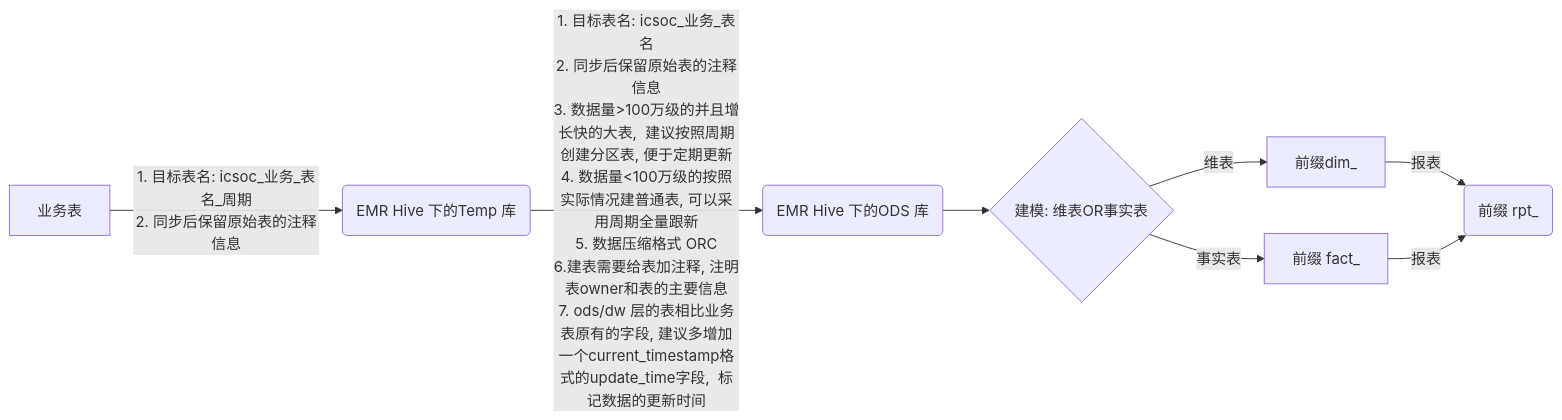
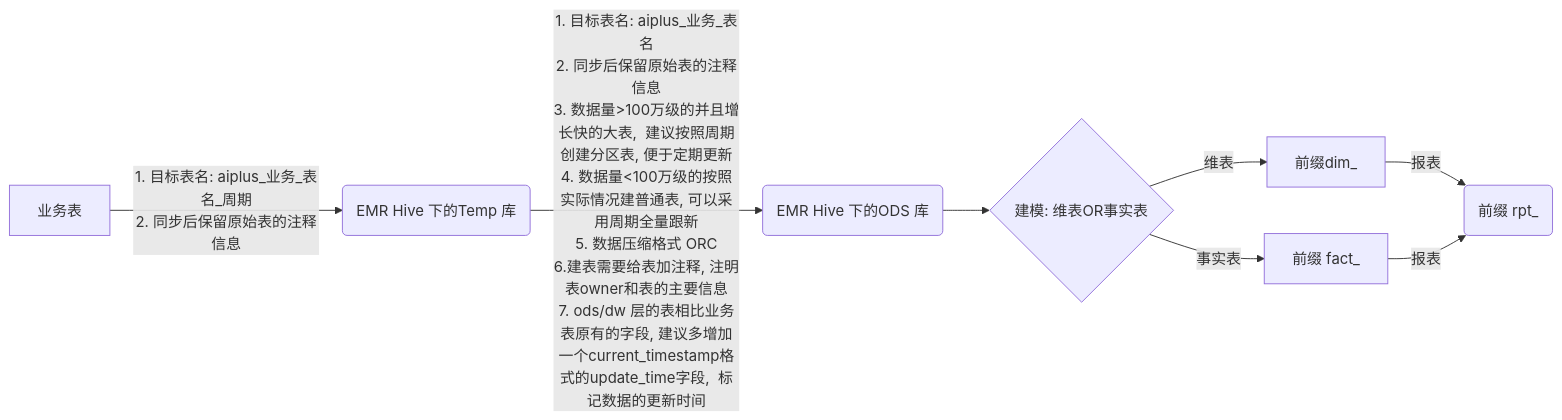
One commit to vickyi/devNotes changed the third of 4 diagrams in 2018-09-30#mermaid_demo.md. Above: the diagram before and after it, drawn with Mermaid. The commit also changed other lines of this file and 7 other files, not shown here.

````diff
--- a/2018-09-30#mermaid_demo.md
+++ b/2018-09-30#mermaid_demo.md
@@ -36,10 +36,10 @@
 ```mermaid
 graph LR
-A[业务表] -->|1. 目标表名: icsoc_业务_表名_周期<br>2. 同步后保留原始表的注释信息| B(EMR Hive 下的Temp 库)
-B -->|1. 目标表名: icsoc_业务_表名<br>2. 同步后保留原始表的注释信息<br>3. 数据量>100万级的并且增长快的大表,  建议按照周期创建分区表, 便于定期更新<br>4. 数据量<100万级的按照实际情况建普通表, 可以采用周期全量跟新<br>5. 数据压缩格式 ORC<br>6.建表需要给表加注释, 注明表owner和表的主要信息<br>7. ods/dw 层的表相比业务表原有的字段, 建议多增加一个current_timestamp格式的update_time字段,  标记数据的更新时间 | C(EMR Hive 下的ODS 库)
+A[业务表] -->|1. 目标表名: aiplus_业务_表名_周期<br>2. 同步后保留原始表的注释信息| B(EMR Hive 下的Temp 库)
+B -->|1. 目标表名: aiplus_业务_表名<br>2. 同步后保留原始表的注释信息<br>3. 数据量>100万级的并且增长快的大表,  建议按照周期创建分区表, 便于定期更新<br>4. 数据量<100万级的按照实际情况建普通表, 可以采用周期全量跟新<br>5. 数据压缩格式 ORC<br>6.建表需要给表加注释, 注明表owner和表的主要信息<br>7. ods/dw 层的表相比业务表原有的字段, 建议多增加一个current_timestamp格式的update_time字段,  标记数据的更新时间 | C(EMR Hive 下的ODS 库)
 C --> D{建模: 维表OR事实表}
 D -->|维表| E[前缀dim_]
 D -->|事实表| F[前缀 fact_]
 E --> |报表|G(前缀 rpt_)
 F --> |报表|G
 ```
````
